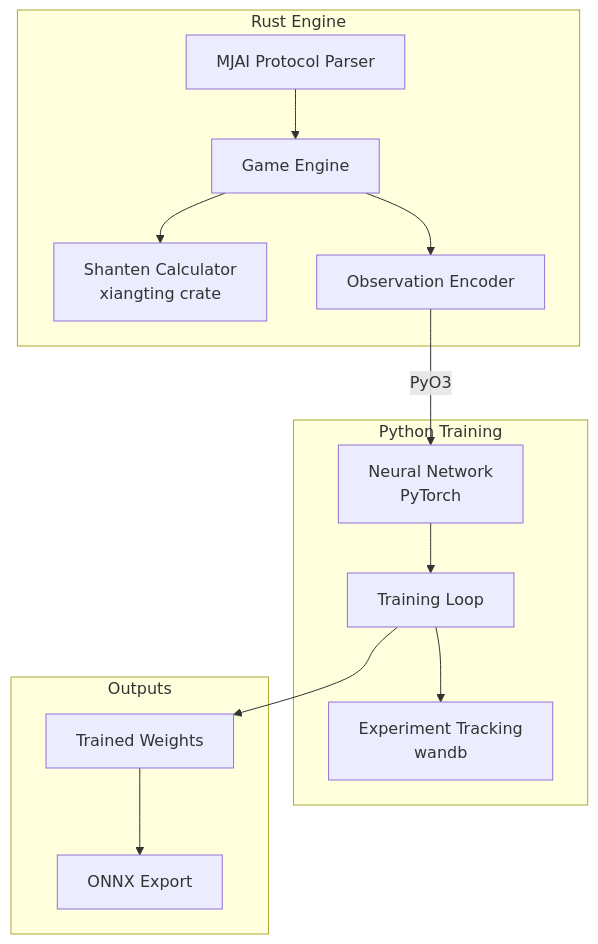
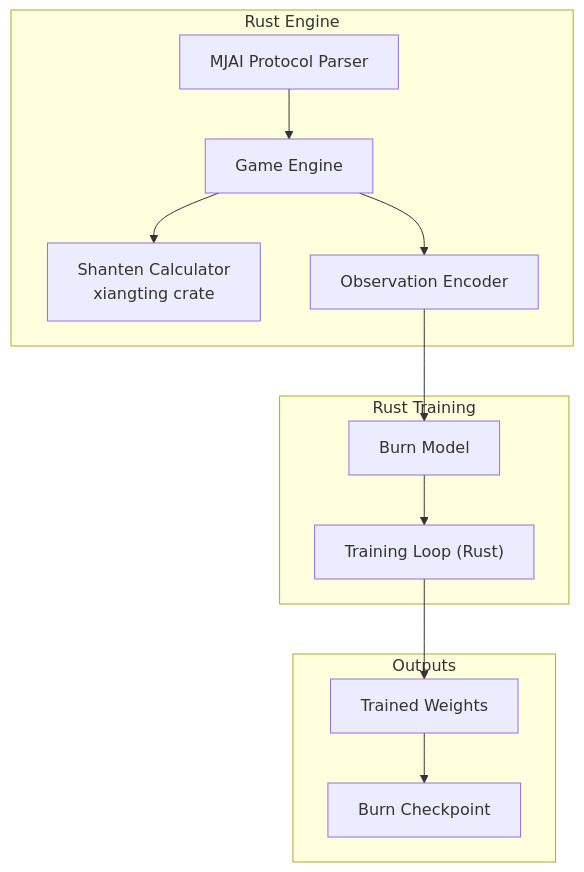
The sixth of 6 diagrams in research/HYDRA_SPEC.md (NikkeTryHard/hydra), drawn with Mermaid before and after one commit. The commit also changed other lines of this file and 6 other files, not shown here.

````diff
--- a/research/HYDRA_SPEC.md
+++ b/research/HYDRA_SPEC.md
@@ -600,29 +599,27 @@
 ```mermaid
 graph TB
     subgraph "Rust Engine"
         GE[Game Engine]
         SP["Shanten Calculator<br/>xiangting crate"]
         OE[Observation Encoder]
         MJAI[MJAI Protocol Parser]
     end
 
-    subgraph "Python Training"
-        NN["Neural Network<br/>PyTorch"]
-        TL[Training Loop]
-        EXP["Experiment Tracking<br/>wandb"]
+    subgraph "Rust Training"
+        BURN["Burn Model"]
+        TL["Training Loop (Rust)"]
     end
 
     subgraph "Outputs"
         WEIGHTS[Trained Weights]
-        ONNX[ONNX Export]
+        CKPT["Burn Checkpoint"]
     end
 
     GE --> SP
     GE --> OE
     MJAI --> GE
-    OE -->|"PyO3"| NN
-    NN --> TL
-    TL --> EXP
+    OE --> BURN
+    BURN --> TL
     TL --> WEIGHTS
-    WEIGHTS --> ONNX
+    WEIGHTS --> CKPT
 ```
````
